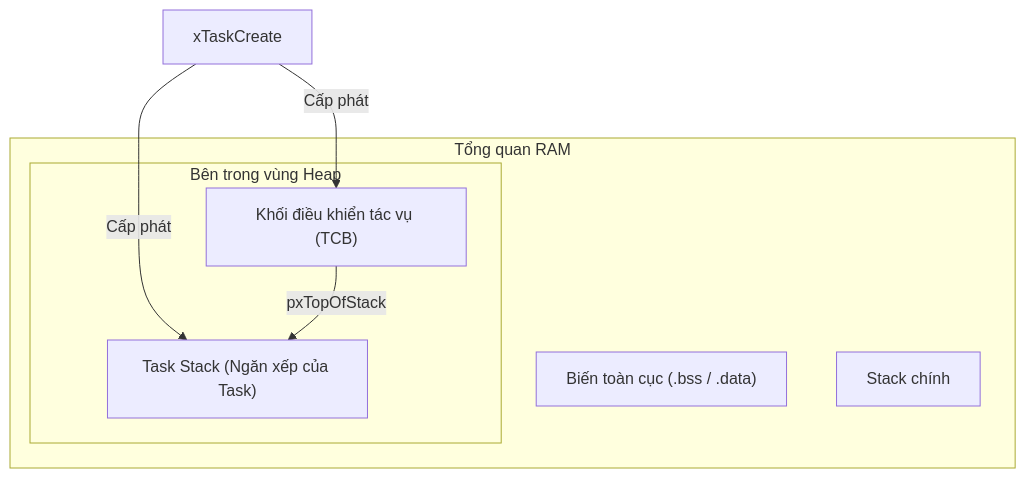
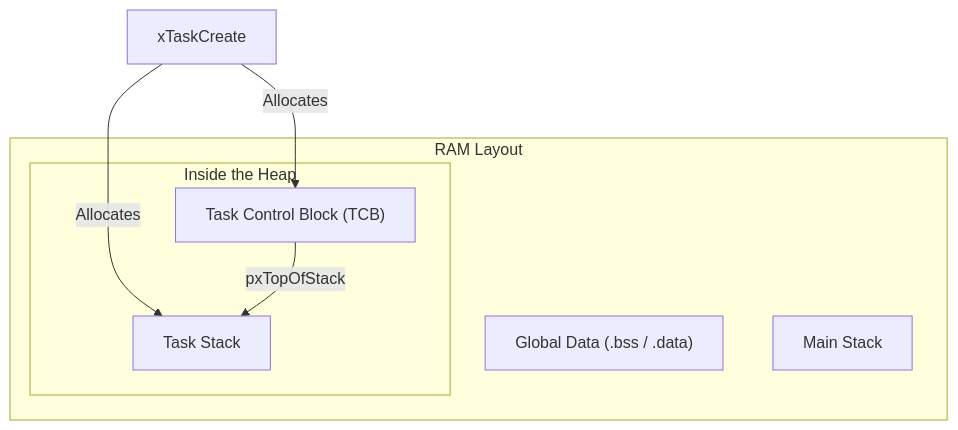
One commit to WuTech256/Embedded_RoadMap changed the first of 4 diagrams in Real-Time Operating Systems/FreeRTOSS_Task_Creation/FreeRTOS_Task_Creation_EN.md. Above: the diagram before and after it, drawn with Mermaid. The commit also changed other lines of this file, not shown here.

````diff
--- a/Real-Time Operating Systems/FreeRTOSS_Task_Creation/FreeRTOS_Task_Creation_EN.md
+++ b/Real-Time Operating Systems/FreeRTOSS_Task_Creation/FreeRTOS_Task_Creation_EN.md
@@ -95,17 +96,17 @@
 ```mermaid
 graph TD
-    subgraph RAM [Tổng quan RAM]
-        Global["Biến toàn cục (.bss / .data)"]
-        Heap_Area["Vùng nhớ Heap"]
-        MainStack["Stack chính"]
+    subgraph RAM [RAM Layout]
+        Global["Global Data (.bss / .data)"]
+        Heap_Area["Heap Memory"]
+        MainStack["Main Stack"]
     end
 
-    subgraph Heap_Area [Bên trong vùng Heap]
-        TCB["Khối điều khiển tác vụ (TCB)"]
-        TaskStack["Task Stack (Ngăn xếp của Task)"]
+    subgraph Heap_Area [Inside the Heap]
+        TCB["Task Control Block (TCB)"]
+        TaskStack["Task Stack"]
     end
 
-    xTaskCreate -- "Cấp phát" --> TCB
-    xTaskCreate -- "Cấp phát" --> TaskStack
+    xTaskCreate -- "Allocates" --> TCB
+    xTaskCreate -- "Allocates" --> TaskStack
     TCB -- "pxTopOfStack" --> TaskStack
 ```
````
